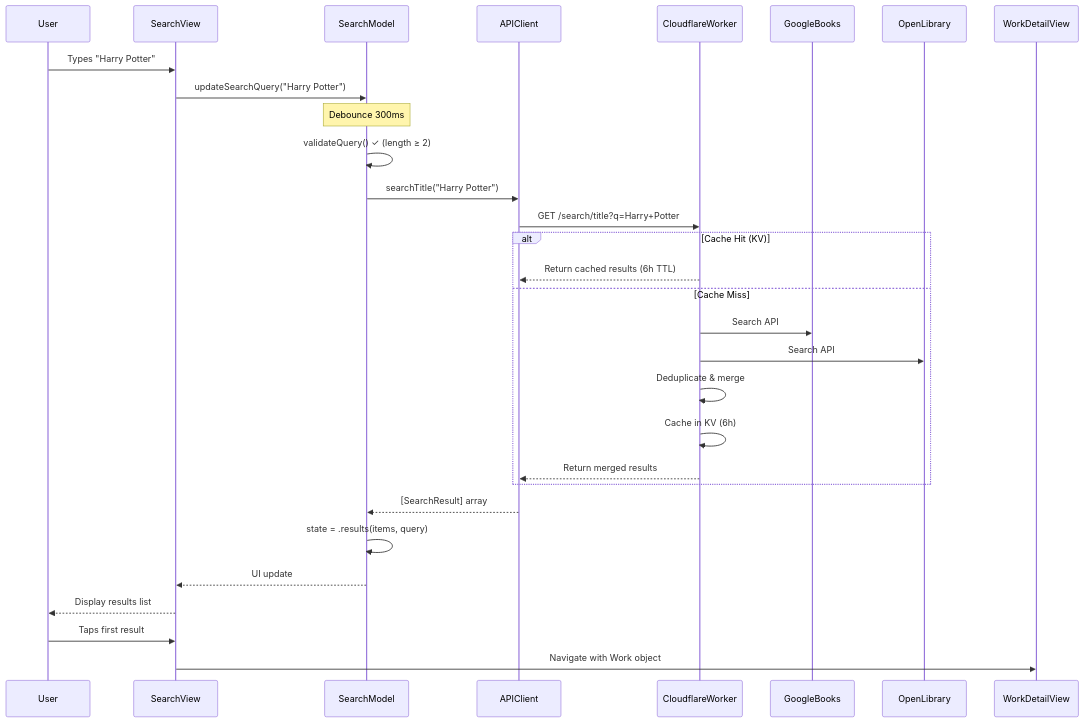
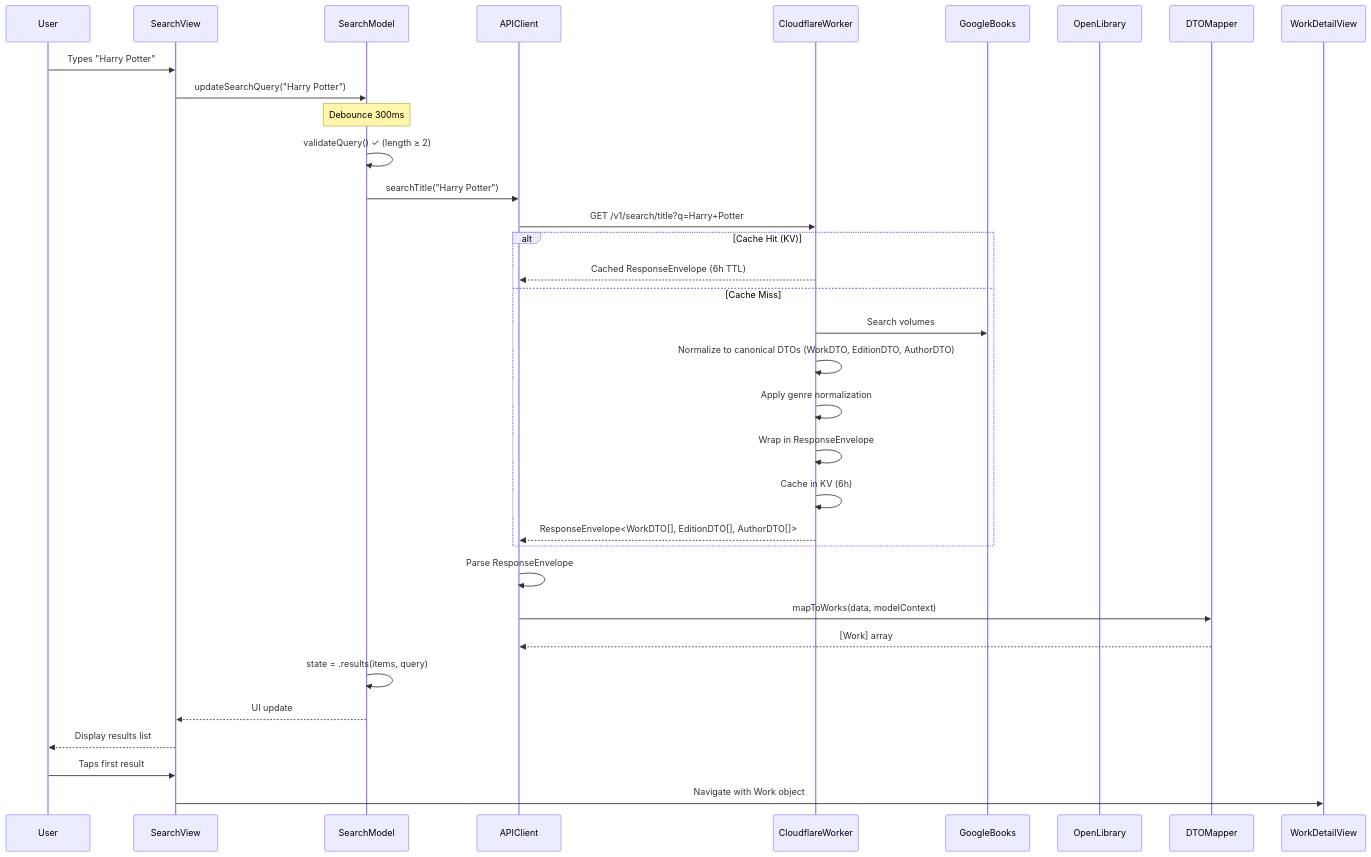
One commit to jukasdrj/books-v3 changed the third of 4 diagrams in docs/workflows/search-workflow.md. Above: the diagram before and after it, drawn with Mermaid. The commit also changed other lines of this file and 8 other files, not shown here.

````diff
--- a/docs/workflows/search-workflow.md
+++ b/docs/workflows/search-workflow.md
@@ -89,38 +90,41 @@
 ```mermaid
 sequenceDiagram
     participant User
     participant SearchView
     participant SearchModel
     participant APIClient
     participant CloudflareWorker
     participant GoogleBooks
     participant OpenLibrary
 
     User->>SearchView: Types "Harry Potter"
     SearchView->>SearchModel: updateSearchQuery("Harry Potter")
 
     Note over SearchModel: Debounce 300ms
 
     SearchModel->>SearchModel: validateQuery() ✓ (length ≥ 2)
     SearchModel->>APIClient: searchTitle("Harry Potter")
 
-    APIClient->>CloudflareWorker: GET /search/title?q=Harry+Potter
+    APIClient->>CloudflareWorker: GET /v1/search/title?q=Harry+Potter
 
     alt Cache Hit (KV)
-        CloudflareWorker-->>APIClient: Return cached results (6h TTL)
+        CloudflareWorker-->>APIClient: Cached ResponseEnvelope (6h TTL)
     else Cache Miss
-        CloudflareWorker->>GoogleBooks: Search API
-        CloudflareWorker->>OpenLibrary: Search API
-        CloudflareWorker->>CloudflareWorker: Deduplicate & merge
+        CloudflareWorker->>GoogleBooks: Search volumes
+        CloudflareWorker->>CloudflareWorker: Normalize to canonical DTOs (WorkDTO, EditionDTO, AuthorDTO)
+        CloudflareWorker->>CloudflareWorker: Apply genre normalization
+        CloudflareWorker->>CloudflareWorker: Wrap in ResponseEnvelope
         CloudflareWorker->>CloudflareWorker: Cache in KV (6h)
-        CloudflareWorker-->>APIClient: Return merged results
+        CloudflareWorker-->>APIClient: ResponseEnvelope<WorkDTO[], EditionDTO[], AuthorDTO[]>
     end
 
-    APIClient-->>SearchModel: [SearchResult] array
+    APIClient->>APIClient: Parse ResponseEnvelope
+    APIClient->>DTOMapper: mapToWorks(data, modelContext)
+    DTOMapper-->>APIClient: [Work] array
     SearchModel->>SearchModel: state = .results(items, query)
     SearchModel-->>SearchView: UI update
     SearchView-->>User: Display results list
 
     User->>SearchView: Taps first result
     SearchView->>WorkDetailView: Navigate with Work object
 ```
````
